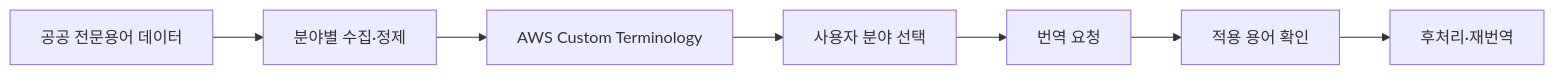
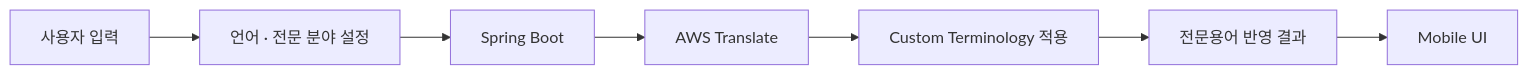
One commit to minjuko/transmate changed the second of 4 diagrams in README.md. Above: the diagram before and after it, drawn with Mermaid. The commit also changed other lines of this file, not shown here.

````diff
--- a/README.md
+++ b/README.md
@@ -78,9 +85,10 @@
 ```mermaid
 flowchart LR
-    A[공공 전문용어 데이터] --> B[분야별 수집·정제]
-    B --> C[AWS Custom Terminology]
-    C --> D[사용자 분야 선택]
-    D --> E[번역 요청]
-    E --> F[적용 용어 확인]
-    F --> G[후처리·재번역]
+    A[사용자 입력]
+    --> B[언어 · 전문 분야 설정]
+    --> C[Spring Boot]
+    --> D[AWS Translate]
+    --> E[Custom Terminology 적용]
+    --> F[전문용어 반영 결과]
+    --> G[Mobile UI]
 ```
````
